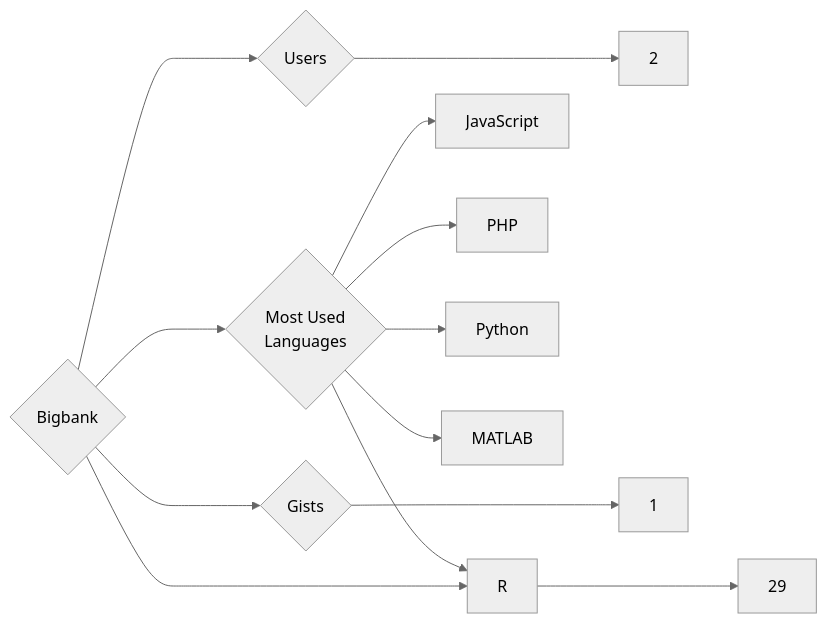
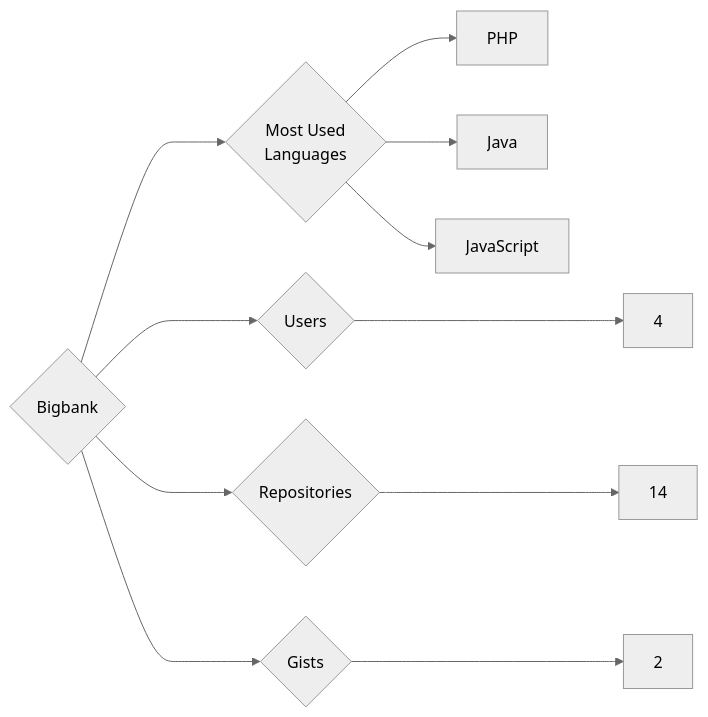
The diagram in targets/Bigbank/README.md (trickest/insiders), drawn with Mermaid (neutral theme) before and after one commit. The commit also changed 942 other files, not shown here.

````diff
--- a/targets/Bigbank/README.md
+++ b/targets/Bigbank/README.md
@@ -3,13 +3,11 @@
 ```mermaid
 graph LR
 COMPANY_NAME{Bigbank}
-COMPANY_NAME ---> U{Users} ---> UN[2]
-COMPANY_NAME ---> R{Repositories} ---> RN[29]
-COMPANY_NAME ---> G{Gists} ---> GN[1]
+COMPANY_NAME ---> U{Users} ---> UN[4]
+COMPANY_NAME ---> R{Repositories} ---> RN[14]
+COMPANY_NAME ---> G{Gists} ---> GN[2]
 COMPANY_NAME ---> ML{Most Used<br>Languages}
+ML --> PHP[PHP]
+ML --> Java[Java]
 ML --> JavaScript[JavaScript]
-ML --> PHP[PHP]
-ML --> Python[Python]
-ML --> MATLAB[MATLAB]
-ML --> R[R]
 ```
````
